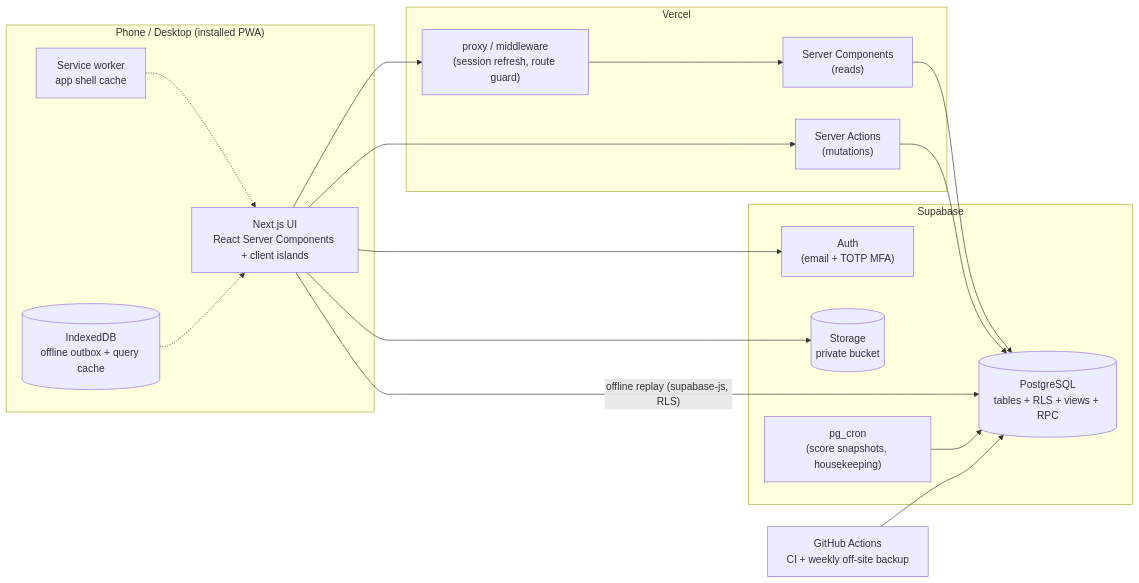
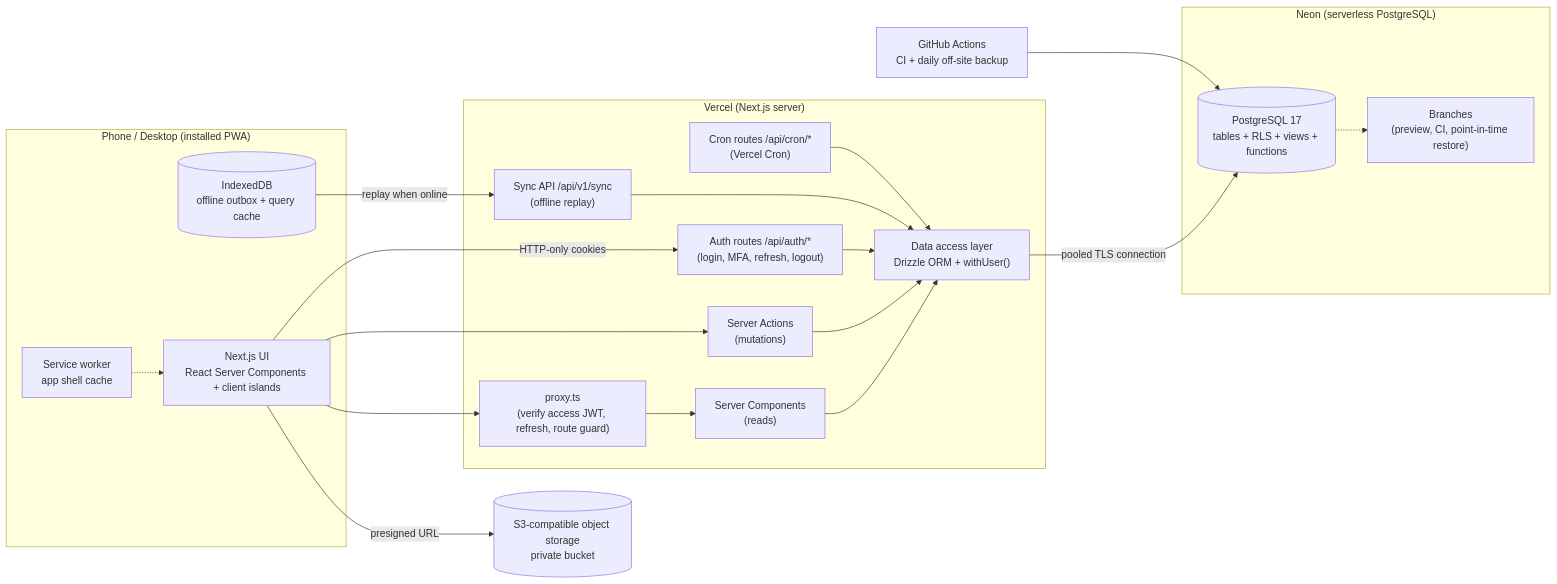
The diagram in docs/README.md (farhancc/tracking), drawn with Mermaid before and after one commit. The commit also changed other lines of this file and 9 other files, not shown here.

First line of the commit message:
Switch architecture to Neon Postgres and self-issued JWT auth

````diff
--- a/docs/README.md
+++ b/docs/README.md
@@ -45,28 +47,32 @@
 ```mermaid
 flowchart LR
   subgraph Device["Phone / Desktop (installed PWA)"]
     UI["Next.js UI<br/>React Server Components + client islands"]
     SW["Service worker<br/>app shell cache"]
     IDB[("IndexedDB<br/>offline outbox + query cache")]
   end
-  subgraph Vercel["Vercel"]
+  subgraph Vercel["Vercel (Next.js server)"]
+    PX["proxy.ts<br/>(verify access JWT, refresh, route guard)"]
+    AUTHAPI["Auth routes /api/auth/*<br/>(login, MFA, refresh, logout)"]
     RSC["Server Components<br/>(reads)"]
     SA["Server Actions<br/>(mutations)"]
-    PX["proxy / middleware<br/>(session refresh, route guard)"]
+    SYNC["Sync API /api/v1/sync<br/>(offline replay)"]
+    CRONR["Cron routes /api/cron/*<br/>(Vercel Cron)"]
+    DAL["Data access layer<br/>Drizzle ORM + withUser()"]
   end
-  subgraph Supabase["Supabase"]
-    AUTH["Auth<br/>(email + TOTP MFA)"]
-    PG[("PostgreSQL<br/>tables + RLS + views + RPC")]
-    ST[("Storage<br/>private bucket")]
-    CRON["pg_cron<br/>(score snapshots, housekeeping)"]
+  subgraph Neon["Neon (serverless PostgreSQL)"]
+    PG[("PostgreSQL 17<br/>tables + RLS + views + functions")]
+    BR["Branches<br/>(preview, CI, point-in-time restore)"]
   end
-  UI --> PX --> RSC --> PG
-  UI --> SA --> PG
-  UI -- "offline replay (supabase-js, RLS)" --> PG
-  UI --> AUTH
-  UI --> ST
-  CRON --> PG
+  OBJ[("S3-compatible object storage<br/>private bucket")]
+  UI --> PX --> RSC --> DAL
+  UI --> SA --> DAL
+  UI -- "HTTP-only cookies" --> AUTHAPI --> DAL
+  IDB -- "replay when online" --> SYNC --> DAL
+  CRONR --> DAL
+  DAL -- "pooled TLS connection" --> PG
+  PG -.-> BR
+  UI -- "presigned URL" --> OBJ
   SW -.-> UI
-  IDB -.-> UI
-  GH["GitHub Actions<br/>CI + weekly off-site backup"] --> PG
+  GH["GitHub Actions<br/>CI + daily off-site backup"] --> PG
 ```
````
